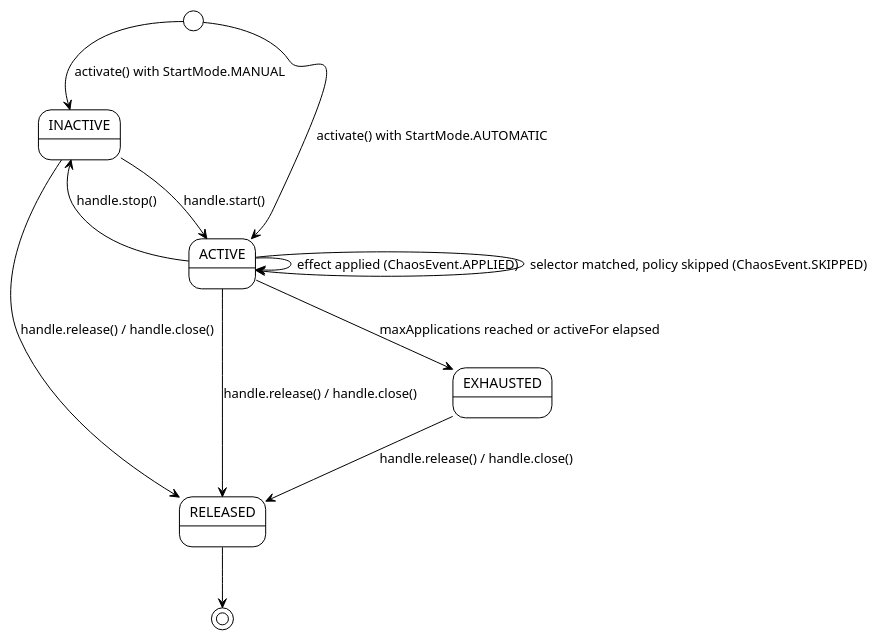
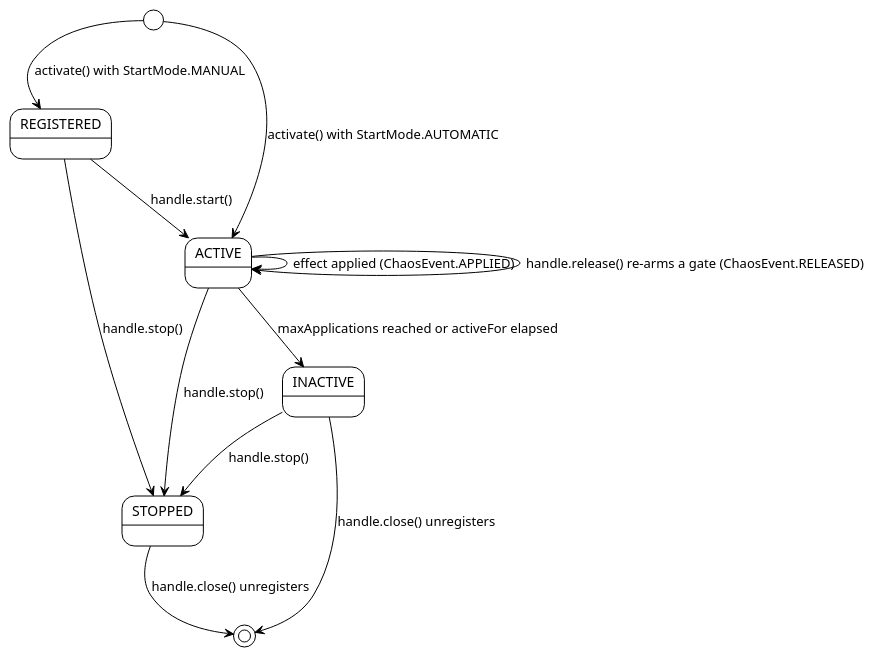
Before and after one commit to macstab/macstab-chaos-jvm-agent: the second of 2 diagrams in docs/configuration-reference.md, drawn with PlantUML. The commit also changed other lines of this file and 11 other files, not shown here.

````diff
--- a/docs/configuration-reference.md
+++ b/docs/configuration-reference.md
@@ -297,19 +303,19 @@
 ```plantuml
 @startuml chaos-scenario-state
 !theme plain
 
-[*] --> INACTIVE : activate() with StartMode.MANUAL
-[*] --> ACTIVE   : activate() with StartMode.AUTOMATIC
+[*] --> REGISTERED : activate() with StartMode.MANUAL
+[*] --> ACTIVE     : activate() with StartMode.AUTOMATIC
 
-INACTIVE --> ACTIVE   : handle.start()
-ACTIVE   --> INACTIVE : handle.stop()
-ACTIVE   --> ACTIVE   : effect applied (ChaosEvent.APPLIED)
-ACTIVE   --> ACTIVE   : selector matched, policy skipped (ChaosEvent.SKIPPED)
-ACTIVE   --> EXHAUSTED : maxApplications reached or activeFor elapsed
-INACTIVE --> RELEASED  : handle.release() / handle.close()
-ACTIVE   --> RELEASED  : handle.release() / handle.close()
-EXHAUSTED --> RELEASED : handle.release() / handle.close()
+REGISTERED --> ACTIVE   : handle.start()
+ACTIVE     --> ACTIVE   : effect applied (ChaosEvent.APPLIED)
+ACTIVE     --> ACTIVE   : handle.release() re-arms a gate (ChaosEvent.RELEASED)
+ACTIVE     --> INACTIVE : maxApplications reached or activeFor elapsed
+REGISTERED --> STOPPED  : handle.stop()
+ACTIVE     --> STOPPED  : handle.stop()
+INACTIVE   --> STOPPED  : handle.stop()
 
-RELEASED --> [*]
+STOPPED  --> [*] : handle.close() unregisters
+INACTIVE --> [*] : handle.close() unregisters
 @enduml
 ```
````
